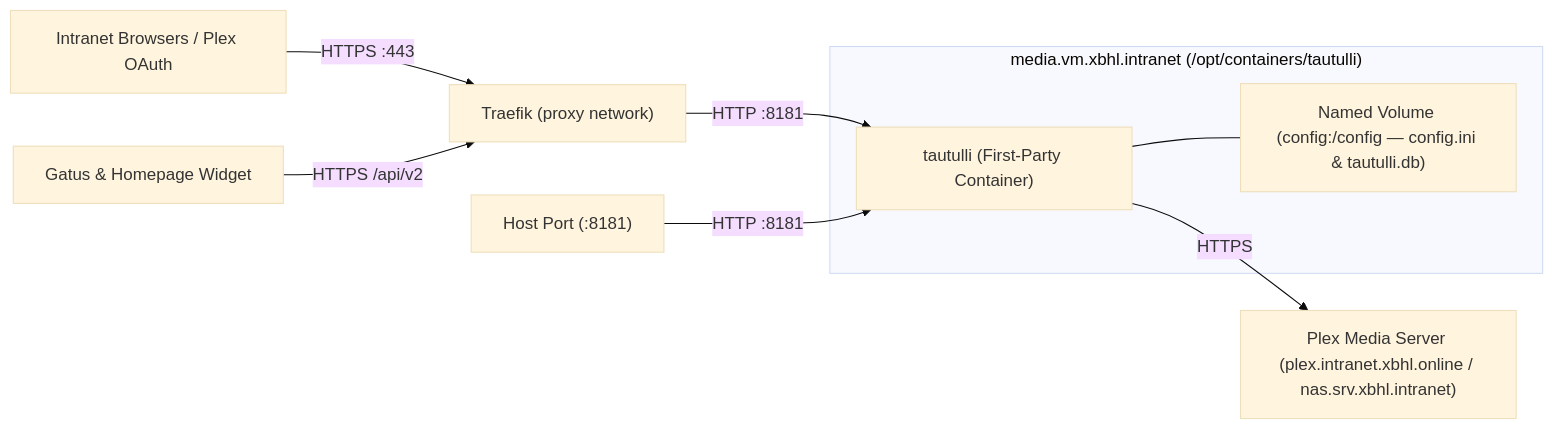
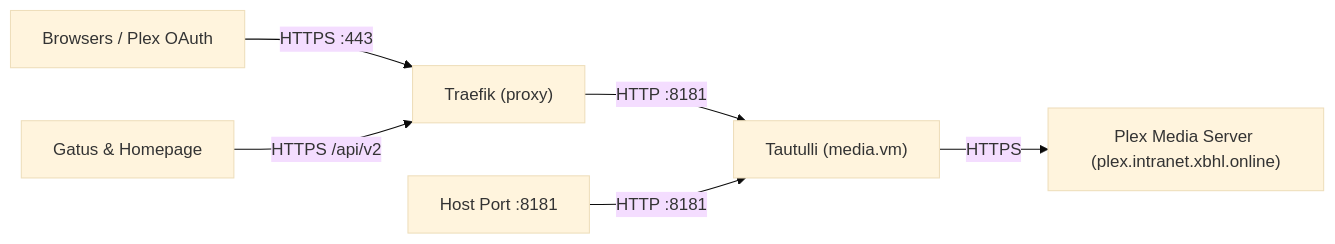
One commit to lbarczynski-home-lab/tautulli changed the diagram in README.md. Above: the diagram before and after it, drawn with Mermaid (base theme). The commit also changed other lines of this file, not shown here.

Commit message:
docs(tautulli): slim README to focus on architecture and decisions

````diff
--- a/README.md
+++ b/README.md
@@ -21,13 +19,8 @@
 ```mermaid
 flowchart LR
-    Clients["Intranet Browsers / Plex OAuth"] -->|"HTTPS :443"| Traefik["Traefik (proxy network)"]
-    Poller["Gatus & Homepage Widget"] -->|"HTTPS /api/v2"| Traefik
-    Traefik -->|"HTTP :8181"| Tautulli["tautulli (First-Party Container)"]
-    HostPort["Host Port (:8181)"] -->|"HTTP :8181"| Tautulli
-
-    subgraph Node["media.vm.xbhl.intranet (/opt/containers/tautulli)"]
-        Tautulli --- ConfigVol["Named Volume (config:/config — config.ini & tautulli.db)"]
-    end
-
-    Tautulli -->|"HTTPS"| Plex["Plex Media Server (plex.intranet.xbhl.online / nas.srv.xbhl.intranet)"]
+    Clients["Browsers / Plex OAuth"] -->|"HTTPS :443"| Traefik["Traefik (proxy)"]
+    Pollers["Gatus & Homepage"] -->|"HTTPS /api/v2"| Traefik
+    Traefik -->|"HTTP :8181"| Tautulli["Tautulli (media.vm)"]
+    HostPort["Host Port :8181"] -->|"HTTP :8181"| Tautulli
+    Tautulli -->|"HTTPS"| Plex["Plex Media Server (plex.intranet.xbhl.online)"]
 ```
````
